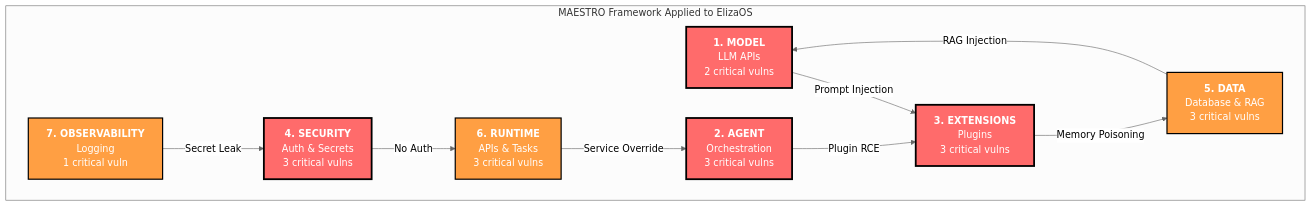
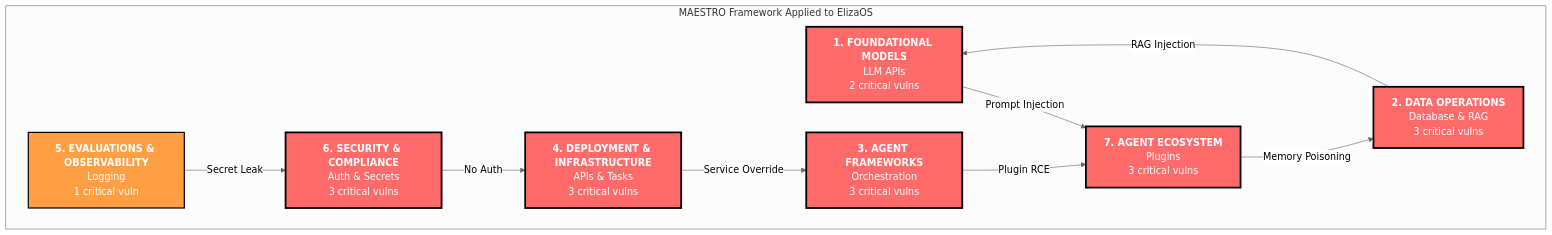
One commit to mondweep/agentic-ai-security-demo-rela8group-ciso-london-summit changed diagram 11 of 11 in presentation/assets/maestro-framework-visual.md. Above: the diagram before and after it, drawn with Mermaid (neutral theme). The commit also changed other lines of this file and 16 other files, not shown here.

````diff
--- a/presentation/assets/maestro-framework-visual.md
+++ b/presentation/assets/maestro-framework-visual.md
@@ -466,28 +469,28 @@
 ```mermaid
 graph TD
     subgraph "MAESTRO Framework Applied to ElizaOS"
-        M["<b>1. MODEL</b><br/>LLM APIs<br/>2 critical vulns"]
-        A["<b>2. AGENT</b><br/>Orchestration<br/>3 critical vulns"]
-        E["<b>3. EXTENSIONS</b><br/>Plugins<br/>3 critical vulns"]
-        S["<b>4. SECURITY</b><br/>Auth & Secrets<br/>3 critical vulns"]
-        T["<b>5. DATA</b><br/>Database & RAG<br/>3 critical vulns"]
-        R["<b>6. RUNTIME</b><br/>APIs & Tasks<br/>3 critical vulns"]
-        O["<b>7. OBSERVABILITY</b><br/>Logging<br/>1 critical vuln"]
+        M["<b>1. FOUNDATIONAL MODELS</b><br/>LLM APIs<br/>2 critical vulns"]
+        T["<b>2. DATA OPERATIONS</b><br/>Database & RAG<br/>3 critical vulns"]
+        A["<b>3. AGENT FRAMEWORKS</b><br/>Orchestration<br/>3 critical vulns"]
+        R["<b>4. DEPLOYMENT & INFRASTRUCTURE</b><br/>APIs & Tasks<br/>3 critical vulns"]
+        O["<b>5. EVALUATIONS & OBSERVABILITY</b><br/>Logging<br/>1 critical vuln"]
+        S["<b>6. SECURITY & COMPLIANCE</b><br/>Auth & Secrets<br/>3 critical vulns"]
+        E["<b>7. AGENT ECOSYSTEM</b><br/>Plugins<br/>3 critical vulns"]
     end
 
     M -->|"Prompt Injection"| E
     A -->|"Plugin RCE"| E
     E -->|"Memory Poisoning"| T
     S -->|"No Auth"| R
     T -->|"RAG Injection"| M
     R -->|"Service Override"| A
     O -->|"Secret Leak"| S
 
     style M fill:#ff6b6b,stroke:#000,stroke-width:3px,color:#fff
+    style T fill:#ff6b6b,stroke:#000,stroke-width:3px,color:#fff
     style A fill:#ff6b6b,stroke:#000,stroke-width:3px,color:#fff
+    style R fill:#ff6b6b,stroke:#000,stroke-width:3px,color:#fff
+    style O fill:#ff9f43,stroke:#000,stroke-width:2px,color:#fff
+    style S fill:#ff6b6b,stroke:#000,stroke-width:3px,color:#fff
     style E fill:#ff6b6b,stroke:#000,stroke-width:3px,color:#fff
-    style S fill:#ff6b6b,stroke:#000,stroke-width:3px,color:#fff
-    style T fill:#ff9f43,stroke:#000,stroke-width:2px,color:#fff
-    style R fill:#ff9f43,stroke:#000,stroke-width:2px,color:#fff
-    style O fill:#ff9f43,stroke:#000,stroke-width:2px,color:#fff
 ```
````
